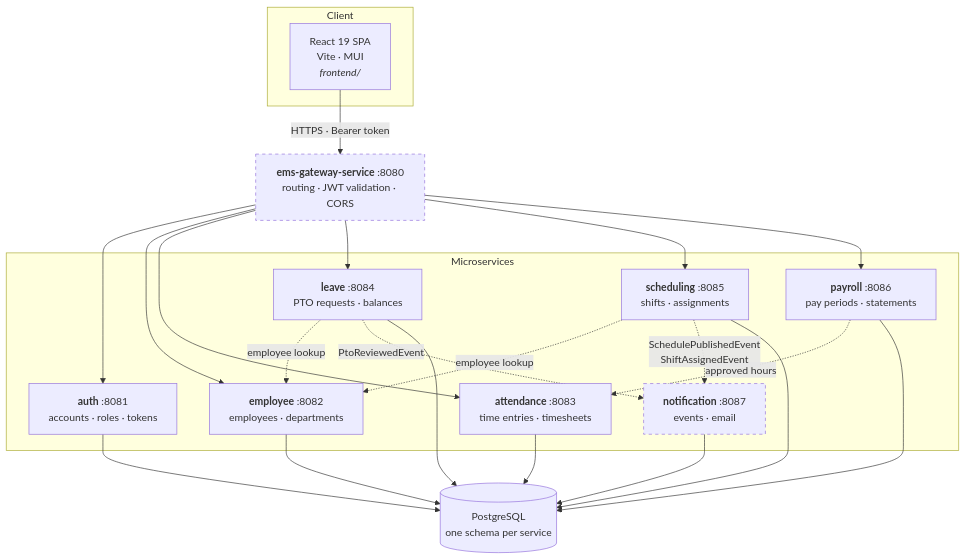
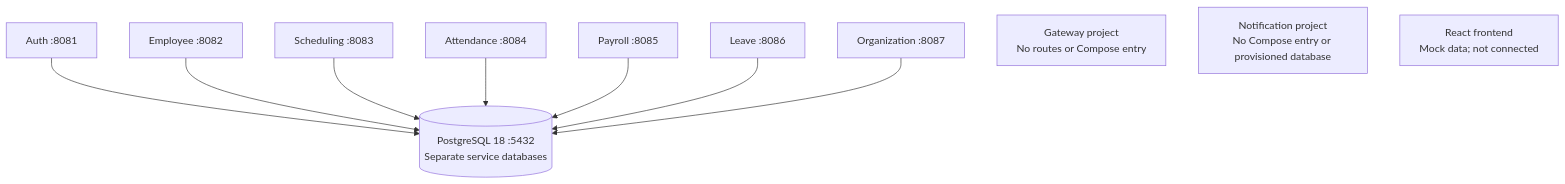
The diagram in ems-services/DOCUMENTATION.md (Wyden13/ems-system), drawn with Mermaid before and after one commit. The commit also changed other lines of this file, not shown here.

````diff
--- a/ems-services/DOCUMENTATION.md
+++ b/ems-services/DOCUMENTATION.md
@@ -137,32 +143,14 @@
 ```mermaid
 flowchart TB
-    subgraph client["Client"]
-        SPA["React 19 SPA<br/>Vite · MUI<br/><i>frontend/</i>"]
-    end
-
-    GW["<b>ems-gateway-service</b> :8080<br/>routing · JWT validation · CORS"]
-
-    subgraph services["Microservices"]
-        AUTH["<b>auth</b> :8081<br/>accounts · roles · tokens"]
-        EMP["<b>employee</b> :8082<br/>employees · departments"]
-        ATT["<b>attendance</b> :8083<br/>time entries · timesheets"]
-        LEAVE["<b>leave</b> :8084<br/>PTO requests · balances"]
-        SCHED["<b>scheduling</b> :8085<br/>shifts · assignments"]
-        PAY["<b>payroll</b> :8086<br/>pay periods · statements"]
-        NOTIF["<b>notification</b> :8087<br/>events · email"]
-    end
-
-    DB[("PostgreSQL<br/>one schema per service")]
-
-    SPA -->|HTTPS · Bearer token| GW
-    GW --> AUTH & EMP & ATT & LEAVE & SCHED & PAY
-    PAY -.->|approved hours| ATT
-    SCHED -.->|employee lookup| EMP
-    LEAVE -.->|employee lookup| EMP
-    LEAVE -.->|PtoReviewedEvent| NOTIF
-    SCHED -.->|SchedulePublishedEvent<br/>ShiftAssignedEvent| NOTIF
-    AUTH & EMP & ATT & LEAVE & SCHED & PAY & NOTIF --> DB
-
-    classDef missing stroke-dasharray: 5 5
-    class GW,NOTIF missing
+    AUTH["Auth :8081"] --> PG
+    EMP["Employee :8082"] --> PG
+    SCHED["Scheduling :8083"] --> PG
+    ATT["Attendance :8084"] --> PG
+    PAY["Payroll :8085"] --> PG
+    LEAVE["Leave :8086"] --> PG
+    ORG["Organization :8087"] --> PG
+    PG[("PostgreSQL 18 :5432<br/>Separate service databases")]
+    GW["Gateway project<br/>No routes or Compose entry"]
+    NOTIF["Notification project<br/>No Compose entry or provisioned database"]
+    SPA["React frontend<br/>Mock data; not connected"]
 ```
````
